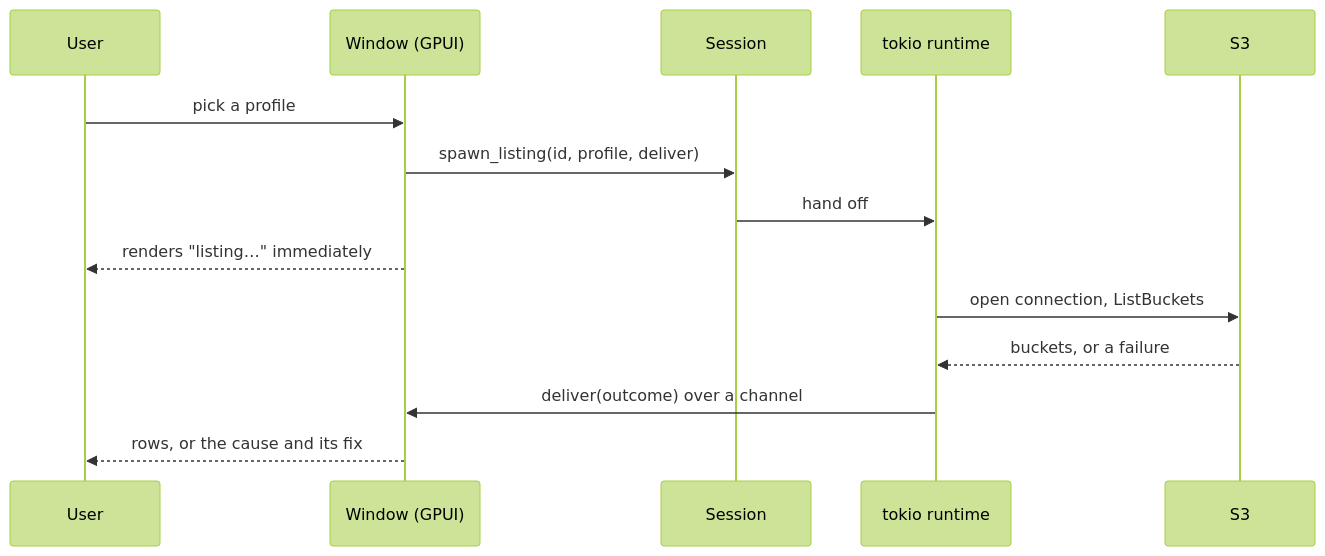
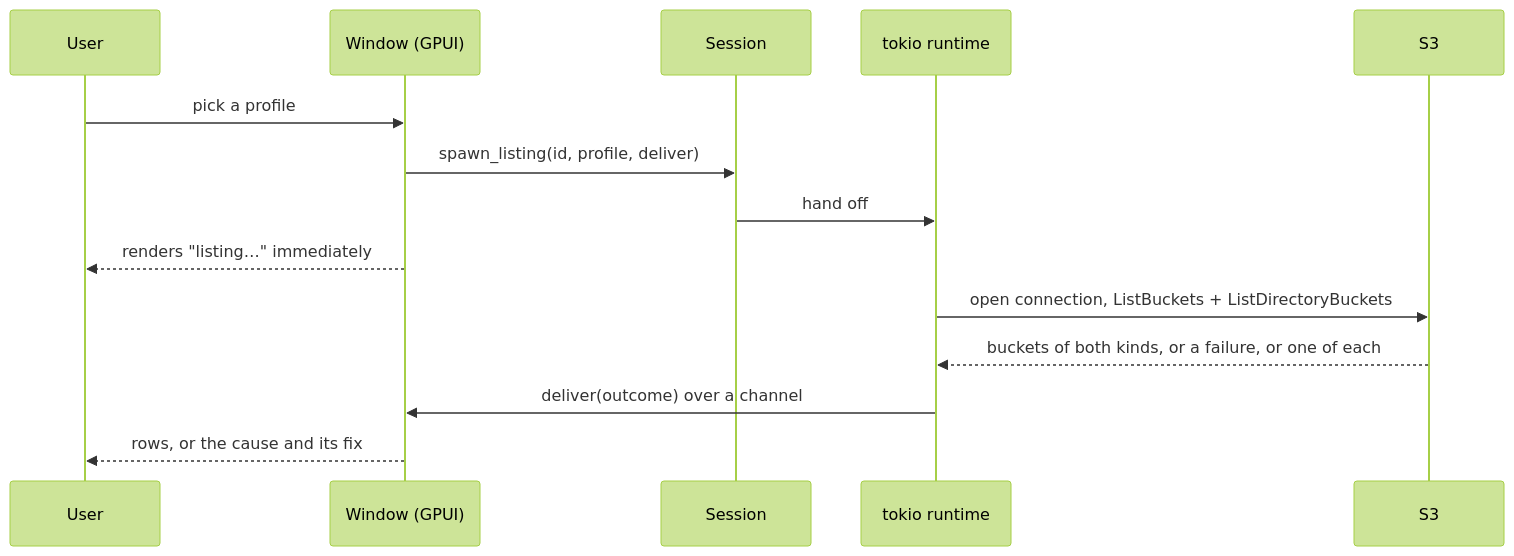
One commit to vunm-io/caixonho changed the third of 4 diagrams in docs/architecture.md. Above: the diagram before and after it, drawn with Mermaid (forest theme). The commit also changed 3 other files, not shown here.

````diff
--- a/docs/architecture.md
+++ b/docs/architecture.md
@@ -79,17 +79,17 @@
 ```mermaid
 sequenceDiagram
     participant U as User
     participant W as Window (GPUI)
     participant S as Session
     participant T as tokio runtime
     participant A as S3
 
     U->>W: pick a profile
     W->>S: spawn_listing(id, profile, deliver)
     S->>T: hand off
     W-->>U: renders "listing…" immediately
-    T->>A: open connection, ListBuckets
-    A-->>T: buckets, or a failure
+    T->>A: open connection, ListBuckets + ListDirectoryBuckets
+    A-->>T: buckets of both kinds, or a failure, or one of each
     T->>W: deliver(outcome) over a channel
     W-->>U: rows, or the cause and its fix
 ```
````
